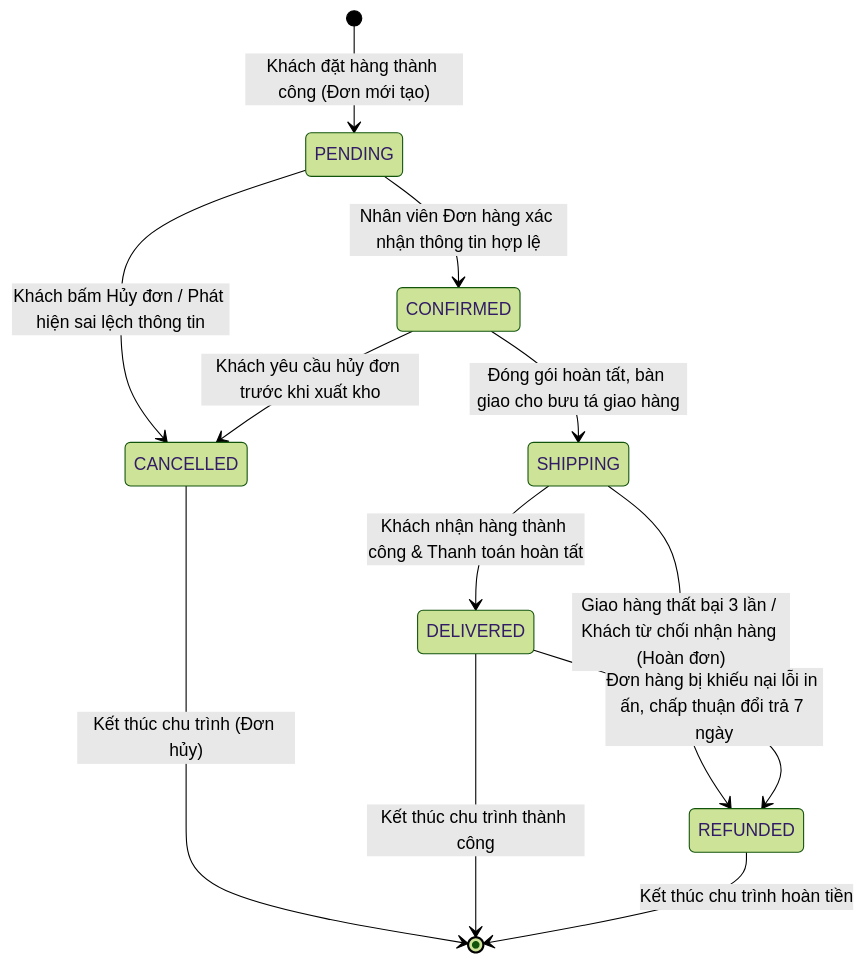
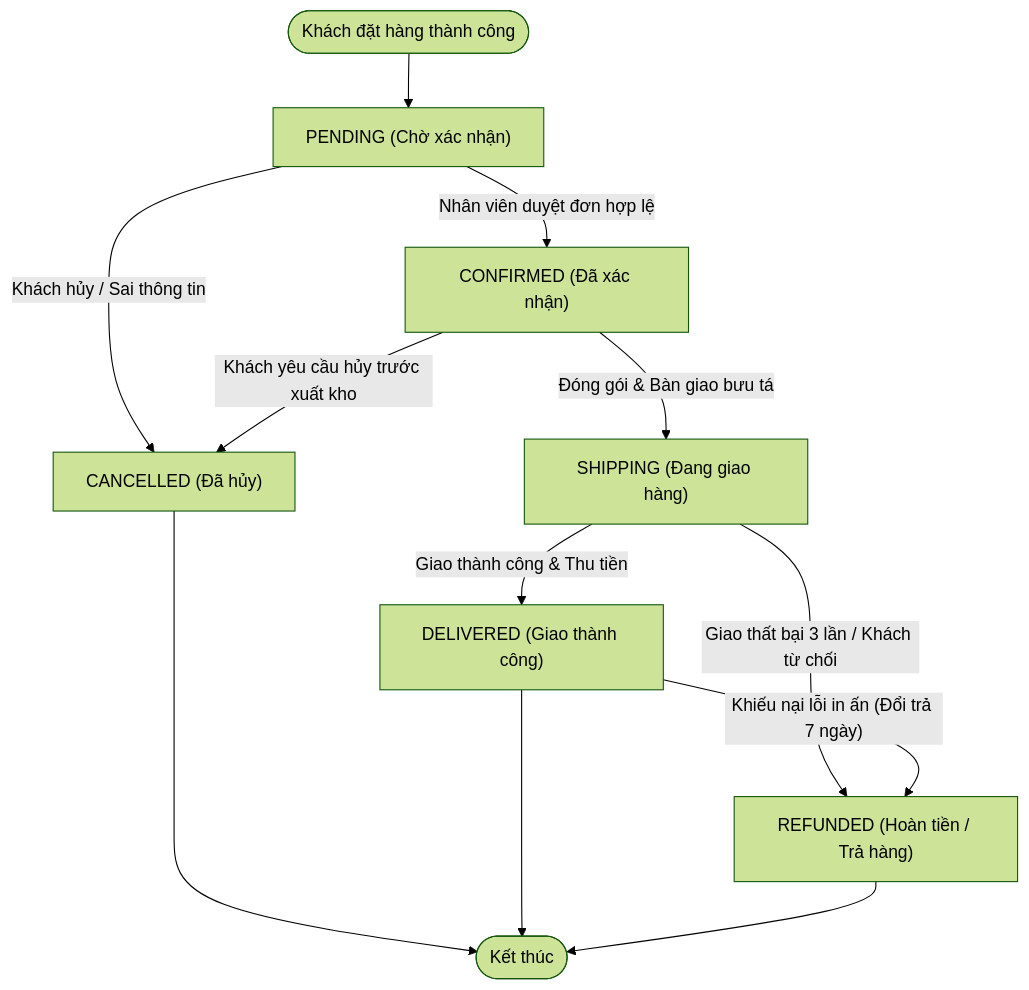
One commit to Hanh-Dang/DALN-CNTT-1-1-26-N02_To-Sach changed diagram 21 of 23 in Document_Project.md. Above: the diagram before and after it, drawn with Mermaid (forest theme). The commit also changed other lines of this file and 2 other files, not shown here.

Commit message:
feat(ai & tài-liệu): tối ưu sơ đồ Mermaid sang graph TD tránh lỗi render GitHub và nâng cấp chatbot hỗ trợ Markdown cùng lưu phiên làm việc

````diff
--- a/Document_Project.md
+++ b/Document_Project.md
@@ -1209,19 +1184,19 @@
 ```mermaid
-stateDiagram-v2
-    [*] --> PENDING: Khách đặt hàng thành công (Đơn mới tạo)
+graph TD
+    StartOrder(["Khách đặt hàng thành công"]) --> PENDING["PENDING (Chờ xác nhận)"]
 
-    PENDING --> CONFIRMED: Nhân viên Đơn hàng xác nhận thông tin hợp lệ
-    PENDING --> CANCELLED: Khách bấm Hủy đơn / Phát hiện sai lệch thông tin
+    PENDING -->|"Nhân viên duyệt đơn hợp lệ"| CONFIRMED["CONFIRMED (Đã xác nhận)"]
+    PENDING -->|"Khách hủy / Sai thông tin"| CANCELLED["CANCELLED (Đã hủy)"]
 
-    CONFIRMED --> SHIPPING: Đóng gói hoàn tất, bàn giao cho bưu tá giao hàng
-    CONFIRMED --> CANCELLED: Khách yêu cầu hủy đơn trước khi xuất kho
+    CONFIRMED -->|"Đóng gói & Bàn giao bưu tá"| SHIPPING["SHIPPING (Đang giao hàng)"]
+    CONFIRMED -->|"Khách yêu cầu hủy trước xuất kho"| CANCELLED
 
-    SHIPPING --> DELIVERED: Khách nhận hàng thành công & Thanh toán hoàn tất
-    SHIPPING --> REFUNDED: Giao hàng thất bại 3 lần / Khách từ chối nhận hàng (Hoàn đơn)
+    SHIPPING -->|"Giao thành công & Thu tiền"| DELIVERED["DELIVERED (Giao thành công)"]
+    SHIPPING -->|"Giao thất bại 3 lần / Khách từ chối"| REFUNDED["REFUNDED (Hoàn tiền / Trả hàng)"]
 
-    DELIVERED --> REFUNDED: Đơn hàng bị khiếu nại lỗi in ấn, chấp thuận đổi trả 7 ngày
+    DELIVERED -->|"Khiếu nại lỗi in ấn (Đổi trả 7 ngày)"| REFUNDED
 
-    CANCELLED --> [*]: Kết thúc chu trình (Đơn hủy)
-    DELIVERED --> [*]: Kết thúc chu trình thành công
-    REFUNDED --> [*]: Kết thúc chu trình hoàn tiền
+    CANCELLED --> EndOrder(["Kết thúc"])
+    DELIVERED --> EndOrder
+    REFUNDED --> EndOrder
 ```
````
